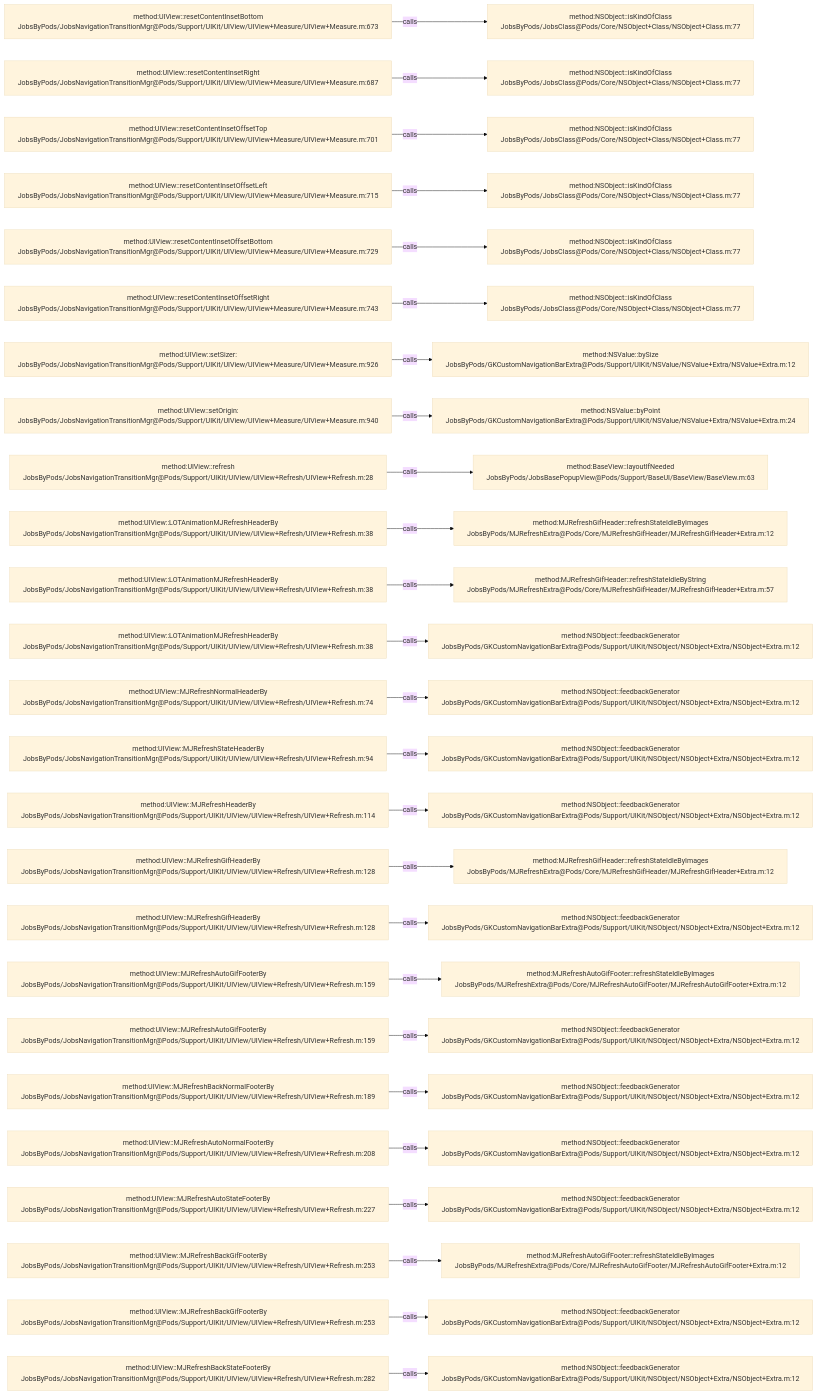
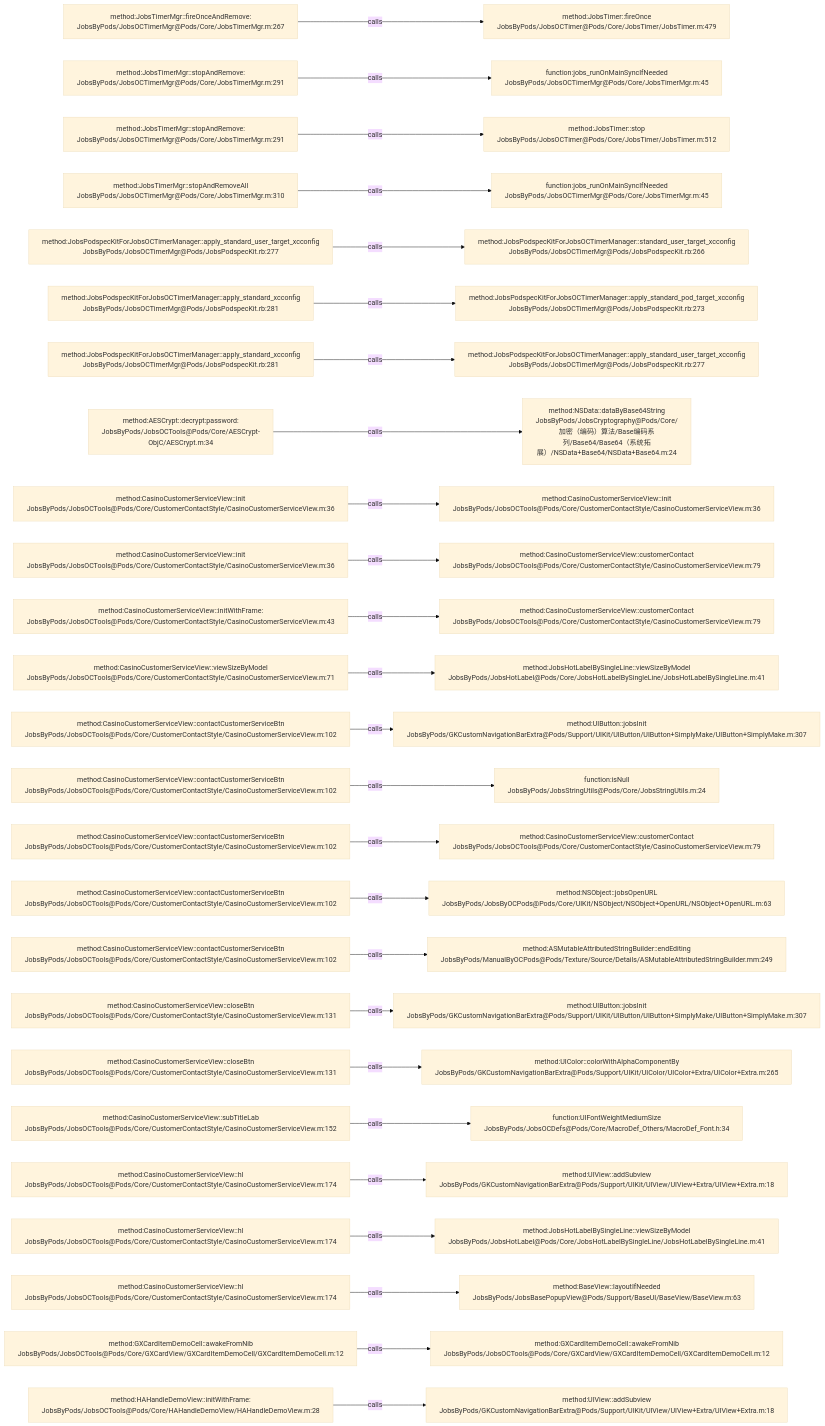
Before and after one commit to JobsKits/JobsOCBaseConfigDemo: the diagram in .codegraph/codegraph.md/graphs/calls-141.md, drawn with Mermaid (base theme). The commit also changed 639 other files, not shown here.

````diff
--- a/.codegraph/codegraph.md/graphs/calls-141.md
+++ b/.codegraph/codegraph.md/graphs/calls-141.md
@@ -13,78 +13,78 @@
 ```mermaid
 flowchart LR
-  S1["method:UIView::resetContentInsetBottom<br/>JobsByPods/JobsNavigationTransitionMgr@Pods/Support/UIKit/UIView/UIView+Measure/UIView+Measure.m:673"]
-  T1["method:NSObject::isKindOfClass<br/>JobsByPods/JobsClass@Pods/Core/NSObject+Class/NSObject+Class.m:77"]
+  S1["method:JobsTimerMgr::fireOnceAndRemove:<br/>JobsByPods/JobsOCTimerMgr@Pods/Core/JobsTimerMgr.m:267"]
+  T1["method:JobsTimer::fireOnce<br/>JobsByPods/JobsOCTimer@Pods/Core/JobsTimer/JobsTimer.m:479"]
   S1 -->|calls| T1
-  S2["method:UIView::resetContentInsetRight<br/>JobsByPods/JobsNavigationTransitionMgr@Pods/Support/UIKit/UIView/UIView+Measure/UIView+Measure.m:687"]
-  T2["method:NSObject::isKindOfClass<br/>JobsByPods/JobsClass@Pods/Core/NSObject+Class/NSObject+Class.m:77"]
+  S2["method:JobsTimerMgr::stopAndRemove:<br/>JobsByPods/JobsOCTimerMgr@Pods/Core/JobsTimerMgr.m:291"]
+  T2["function:jobs_runOnMainSyncIfNeeded<br/>JobsByPods/JobsOCTimerMgr@Pods/Core/JobsTimerMgr.m:45"]
   S2 -->|calls| T2
-  S3["method:UIView::resetContentInsetOffsetTop<br/>JobsByPods/JobsNavigationTransitionMgr@Pods/Support/UIKit/UIView/UIView+Measure/UIView+Measure.m:701"]
-  T3["method:NSObject::isKindOfClass<br/>JobsByPods/JobsClass@Pods/Core/NSObject+Class/NSObject+Class.m:77"]
+  S3["method:JobsTimerMgr::stopAndRemove:<br/>JobsByPods/JobsOCTimerMgr@Pods/Core/JobsTimerMgr.m:291"]
+  T3["method:JobsTimer::stop<br/>JobsByPods/JobsOCTimer@Pods/Core/JobsTimer/JobsTimer.m:512"]
   S3 -->|calls| T3
-  S4["method:UIView::resetContentInsetOffsetLeft<br/>JobsByPods/JobsNavigationTransitionMgr@Pods/Support/UIKit/UIView/UIView+Measure/UIView+Measure.m:715"]
-  T4["method:NSObject::isKindOfClass<br/>JobsByPods/JobsClass@Pods/Core/NSObject+Class/NSObject+Class.m:77"]
+  S4["method:JobsTimerMgr::stopAndRemoveAll<br/>JobsByPods/JobsOCTimerMgr@Pods/Core/JobsTimerMgr.m:310"]
+  T4["function:jobs_runOnMainSyncIfNeeded<br/>JobsByPods/JobsOCTimerMgr@Pods/Core/JobsTimerMgr.m:45"]
   S4 -->|calls| T4
-  S5["method:UIView::resetContentInsetOffsetBottom<br/>JobsByPods/JobsNavigationTransitionMgr@Pods/Support/UIKit/UIView/UIView+Measure/UIView+Measure.m:729"]
-  T5["method:NSObject::isKindOfClass<br/>JobsByPods/JobsClass@Pods/Core/NSObject+Class/NSObject+Class.m:77"]
+  S5["method:JobsPodspecKitForJobsOCTimerManager::apply_standard_user_target_xcconfig<br/>JobsByPods/JobsOCTimerMgr@Pods/JobsPodspecKit.rb:277"]
+  T5["method:JobsPodspecKitForJobsOCTimerManager::standard_user_target_xcconfig<br/>JobsByPods/JobsOCTimerMgr@Pods/JobsPodspecKit.rb:266"]
   S5 -->|calls| T5
-  S6["method:UIView::resetContentInsetOffsetRight<br/>JobsByPods/JobsNavigationTransitionMgr@Pods/Support/UIKit/UIView/UIView+Measure/UIView+Measure.m:743"]
-  T6["method:NSObject::isKindOfClass<br/>JobsByPods/JobsClass@Pods/Core/NSObject+Class/NSObject+Class.m:77"]
+  S6["method:JobsPodspecKitForJobsOCTimerManager::apply_standard_xcconfig<br/>JobsByPods/JobsOCTimerMgr@Pods/JobsPodspecKit.rb:281"]
+  T6["method:JobsPodspecKitForJobsOCTimerManager::apply_standard_pod_target_xcconfig<br/>JobsByPods/JobsOCTimerMgr@Pods/JobsPodspecKit.rb:273"]
   S6 -->|calls| T6
-  S7["method:UIView::setSizer:<br/>JobsByPods/JobsNavigationTransitionMgr@Pods/Support/UIKit/UIView/UIView+Measure/UIView+Measure.m:926"]
-  T7["method:NSValue::bySize<br/>JobsByPods/GKCustomNavigationBarExtra@Pods/Support/UIKit/NSValue/NSValue+Extra/NSValue+Extra.m:12"]
+  S7["method:JobsPodspecKitForJobsOCTimerManager::apply_standard_xcconfig<br/>JobsByPods/JobsOCTimerMgr@Pods/JobsPodspecKit.rb:281"]
+  T7["method:JobsPodspecKitForJobsOCTimerManager::apply_standard_user_target_xcconfig<br/>JobsByPods/JobsOCTimerMgr@Pods/JobsPodspecKit.rb:277"]
   S7 -->|calls| T7
-  S8["method:UIView::setOrigin:<br/>JobsByPods/JobsNavigationTransitionMgr@Pods/Support/UIKit/UIView/UIView+Measure/UIView+Measure.m:940"]
-  T8["method:NSValue::byPoint<br/>JobsByPods/GKCustomNavigationBarExtra@Pods/Support/UIKit/NSValue/NSValue+Extra/NSValue+Extra.m:24"]
+  S8["method:AESCrypt::decrypt:password:<br/>JobsByPods/JobsOCTools@Pods/Core/AESCrypt-ObjC/AESCrypt.m:34"]
+  T8["method:NSData::dataByBase64String<br/>JobsByPods/JobsCryptography@Pods/Core/加密（编码）算法/Base编码系列/Base64/Base64（系统拓展）/NSData+Base64/NSData+Base64.m:24"]
   S8 -->|calls| T8
-  S9["method:UIView::refresh<br/>JobsByPods/JobsNavigationTransitionMgr@Pods/Support/UIKit/UIView/UIView+Refresh/UIView+Refresh.m:28"]
-  T9["method:BaseView::layoutIfNeeded<br/>JobsByPods/JobsBasePopupView@Pods/Support/BaseUI/BaseView/BaseView.m:63"]
+  S9["method:CasinoCustomerServiceView::init<br/>JobsByPods/JobsOCTools@Pods/Core/CustomerContactStyle/CasinoCustomerServiceView.m:36"]
+  T9["method:CasinoCustomerServiceView::init<br/>JobsByPods/JobsOCTools@Pods/Core/CustomerContactStyle/CasinoCustomerServiceView.m:36"]
   S9 -->|calls| T9
-  S10["method:UIView::LOTAnimationMJRefreshHeaderBy<br/>JobsByPods/JobsNavigationTransitionMgr@Pods/Support/UIKit/UIView/UIView+Refresh/UIView+Refresh.m:38"]
-  T10["method:MJRefreshGifHeader::refreshStateIdleByImages<br/>JobsByPods/MJRefreshExtra@Pods/Core/MJRefreshGifHeader/MJRefreshGifHeader+Extra.m:12"]
+  S10["method:CasinoCustomerServiceView::init<br/>JobsByPods/JobsOCTools@Pods/Core/CustomerContactStyle/CasinoCustomerServiceView.m:36"]
+  T10["method:CasinoCustomerServiceView::customerContact<br/>JobsByPods/JobsOCTools@Pods/Core/CustomerContactStyle/CasinoCustomerServiceView.m:79"]
   S10 -->|calls| T10
-  S11["method:UIView::LOTAnimationMJRefreshHeaderBy<br/>JobsByPods/JobsNavigationTransitionMgr@Pods/Support/UIKit/UIView/UIView+Refresh/UIView+Refresh.m:38"]
-  T11["method:MJRefreshGifHeader::refreshStateIdleByString<br/>JobsByPods/MJRefreshExtra@Pods/Core/MJRefreshGifHeader/MJRefreshGifHeader+Extra.m:57"]
+  S11["method:CasinoCustomerServiceView::initWithFrame:<br/>JobsByPods/JobsOCTools@Pods/Core/CustomerContactStyle/CasinoCustomerServiceView.m:43"]
+  T11["method:CasinoCustomerServiceView::customerContact<br/>JobsByPods/JobsOCTools@Pods/Core/CustomerContactStyle/CasinoCustomerServiceView.m:79"]
   S11 -->|calls| T11
-  S12["method:UIView::LOTAnimationMJRefreshHeaderBy<br/>JobsByPods/JobsNavigationTransitionMgr@Pods/Support/UIKit/UIView/UIView+Refresh/UIView+Refresh.m:38"]
-  T12["method:NSObject::feedbackGenerator<br/>JobsByPods/GKCustomNavigationBarExtra@Pods/Support/UIKit/NSObject/NSObject+Extra/NSObject+Extra.m:12"]
+  S12["method:CasinoCustomerServiceView::viewSizeByModel<br/>JobsByPods/JobsOCTools@Pods/Core/CustomerContactStyle/CasinoCustomerServiceView.m:71"]
+  T12["method:JobsHotLabelBySingleLine::viewSizeByModel<br/>JobsByPods/JobsHotLabel@Pods/Core/JobsHotLabelBySingleLine/JobsHotLabelBySingleLine.m:41"]
   S12 -->|calls| T12
-  S13["method:UIView::MJRefreshNormalHeaderBy<br/>JobsByPods/JobsNavigationTransitionMgr@Pods/Support/UIKit/UIView/UIView+Refresh/UIView+Refresh.m:74"]
-  T13["method:NSObject::feedbackGenerator<br/>JobsByPods/GKCustomNavigationBarExtra@Pods/Support/UIKit/NSObject/NSObject+Extra/NSObject+Extra.m:12"]
+  S13["method:CasinoCustomerServiceView::contactCustomerServiceBtn<br/>JobsByPods/JobsOCTools@Pods/Core/CustomerContactStyle/CasinoCustomerServiceView.m:102"]
+  T13["method:UIButton::jobsInit<br/>JobsByPods/GKCustomNavigationBarExtra@Pods/Support/UIKit/UIButton/UIButton+SimplyMake/UIButton+SimplyMake.m:307"]
   S13 -->|calls| T13
-  S14["method:UIView::MJRefreshStateHeaderBy<br/>JobsByPods/JobsNavigationTransitionMgr@Pods/Support/UIKit/UIView/UIView+Refresh/UIView+Refresh.m:94"]
-  T14["method:NSObject::feedbackGenerator<br/>JobsByPods/GKCustomNavigationBarExtra@Pods/Support/UIKit/NSObject/NSObject+Extra/NSObject+Extra.m:12"]
+  S14["method:CasinoCustomerServiceView::contactCustomerServiceBtn<br/>JobsByPods/JobsOCTools@Pods/Core/CustomerContactStyle/CasinoCustomerServiceView.m:102"]
+  T14["function:isNull<br/>JobsByPods/JobsStringUtils@Pods/Core/JobsStringUtils.m:24"]
   S14 -->|calls| T14
-  S15["method:UIView::MJRefreshHeaderBy<br/>JobsByPods/JobsNavigationTransitionMgr@Pods/Support/UIKit/UIView/UIView+Refresh/UIView+Refresh.m:114"]
-  T15["method:NSObject::feedbackGenerator<br/>JobsByPods/GKCustomNavigationBarExtra@Pods/Support/UIKit/NSObject/NSObject+Extra/NSObject+Extra.m:12"]
+  S15["method:CasinoCustomerServiceView::contactCustomerServiceBtn<br/>JobsByPods/JobsOCTools@Pods/Core/CustomerContactStyle/CasinoCustomerServiceView.m:102"]
+  T15["method:CasinoCustomerServiceView::customerContact<br/>JobsByPods/JobsOCTools@Pods/Core/CustomerContactStyle/CasinoCustomerServiceView.m:79"]
   S15 -->|calls| T15
-  S16["method:UIView::MJRefreshGifHeaderBy<br/>JobsByPods/JobsNavigationTransitionMgr@Pods/Support/UIKit/UIView/UIView+Refresh/UIView+Refresh.m:128"]
-  T16["method:MJRefreshGifHeader::refreshStateIdleByImages<br/>JobsByPods/MJRefreshExtra@Pods/Core/MJRefreshGifHeader/MJRefreshGifHeader+Extra.m:12"]
+  S16["method:CasinoCustomerServiceView::contactCustomerServiceBtn<br/>JobsByPods/JobsOCTools@Pods/Core/CustomerContactStyle/CasinoCustomerServiceView.m:102"]
+  T16["method:NSObject::jobsOpenURL<br/>JobsByPods/JobsByOCPods@Pods/Core/UIKit/NSObject/NSObject+OpenURL/NSObject+OpenURL.m:63"]
   S16 -->|calls| T16
-  S17["method:UIView::MJRefreshGifHeaderBy<br/>JobsByPods/JobsNavigationTransitionMgr@Pods/Support/UIKit/UIView/UIView+Refresh/UIView+Refresh.m:128"]
-  T17["method:NSObject::feedbackGenerator<br/>JobsByPods/GKCustomNavigationBarExtra@Pods/Support/UIKit/NSObject/NSObject+Extra/NSObject+Extra.m:12"]
+  S17["method:CasinoCustomerServiceView::contactCustomerServiceBtn<br/>JobsByPods/JobsOCTools@Pods/Core/CustomerContactStyle/CasinoCustomerServiceView.m:102"]
+  T17["method:ASMutableAttributedStringBuilder::endEditing<br/>JobsByPods/ManualByOCPods@Pods/Texture/Source/Details/ASMutableAttributedStringBuilder.mm:249"]
   S17 -->|calls| T17
-  S18["method:UIView::MJRefreshAutoGifFooterBy<br/>JobsByPods/JobsNavigationTransitionMgr@Pods/Support/UIKit/UIView/UIView+Refresh/UIView+Refresh.m:159"]
-  T18["method:MJRefreshAutoGifFooter::refreshStateIdleByImages<br/>JobsByPods/MJRefreshExtra@Pods/Core/MJRefreshAutoGifFooter/MJRefreshAutoGifFooter+Extra.m:12"]
+  S18["method:CasinoCustomerServiceView::closeBtn<br/>JobsByPods/JobsOCTools@Pods/Core/CustomerContactStyle/CasinoCustomerServiceView.m:131"]
+  T18["method:UIButton::jobsInit<br/>JobsByPods/GKCustomNavigationBarExtra@Pods/Support/UIKit/UIButton/UIButton+SimplyMake/UIButton+SimplyMake.m:307"]
   S18 -->|calls| T18
-  S19["method:UIView::MJRefreshAutoGifFooterBy<br/>JobsByPods/JobsNavigationTransitionMgr@Pods/Support/UIKit/UIView/UIView+Refresh/UIView+Refresh.m:159"]
-  T19["method:NSObject::feedbackGenerator<br/>JobsByPods/GKCustomNavigationBarExtra@Pods/Support/UIKit/NSObject/NSObject+Extra/NSObject+Extra.m:12"]
+  S19["method:CasinoCustomerServiceView::closeBtn<br/>JobsByPods/JobsOCTools@Pods/Core/CustomerContactStyle/CasinoCustomerServiceView.m:131"]
+  T19["method:UIColor::colorWithAlphaComponentBy<br/>JobsByPods/GKCustomNavigationBarExtra@Pods/Support/UIKit/UIColor/UIColor+Extra/UIColor+Extra.m:265"]
   S19 -->|calls| T19
-  S20["method:UIView::MJRefreshBackNormalFooterBy<br/>JobsByPods/JobsNavigationTransitionMgr@Pods/Support/UIKit/UIView/UIView+Refresh/UIView+Refresh.m:189"]
-  T20["method:NSObject::feedbackGenerator<br/>JobsByPods/GKCustomNavigationBarExtra@Pods/Support/UIKit/NSObject/NSObject+Extra/NSObject+Extra.m:12"]
+  S20["method:CasinoCustomerServiceView::subTitleLab<br/>JobsByPods/JobsOCTools@Pods/Core/CustomerContactStyle/CasinoCustomerServiceView.m:152"]
+  T20["function:UIFontWeightMediumSize<br/>JobsByPods/JobsOCDefs@Pods/Core/MacroDef_Others/MacroDef_Font.h:34"]
   S20 -->|calls| T20
-  S21["method:UIView::MJRefreshAutoNormalFooterBy<br/>JobsByPods/JobsNavigationTransitionMgr@Pods/Support/UIKit/UIView/UIView+Refresh/UIView+Refresh.m:208"]
-  T21["method:NSObject::feedbackGenerator<br/>JobsByPods/GKCustomNavigationBarExtra@Pods/Support/UIKit/NSObject/NSObject+Extra/NSObject+Extra.m:12"]
+  S21["method:CasinoCustomerServiceView::hl<br/>JobsByPods/JobsOCTools@Pods/Core/CustomerContactStyle/CasinoCustomerServiceView.m:174"]
+  T21["method:UIView::addSubview<br/>JobsByPods/GKCustomNavigationBarExtra@Pods/Support/UIKit/UIView/UIView+Extra/UIView+Extra.m:18"]
   S21 -->|calls| T21
-  S22["method:UIView::MJRefreshAutoStateFooterBy<br/>JobsByPods/JobsNavigationTransitionMgr@Pods/Support/UIKit/UIView/UIView+Refresh/UIView+Refresh.m:227"]
-  T22["method:NSObject::feedbackGenerator<br/>JobsByPods/GKCustomNavigationBarExtra@Pods/Support/UIKit/NSObject/NSObject+Extra/NSObject+Extra.m:12"]
+  S22["method:CasinoCustomerServiceView::hl<br/>JobsByPods/JobsOCTools@Pods/Core/CustomerContactStyle/CasinoCustomerServiceView.m:174"]
+  T22["method:JobsHotLabelBySingleLine::viewSizeByModel<br/>JobsByPods/JobsHotLabel@Pods/Core/JobsHotLabelBySingleLine/JobsHotLabelBySingleLine.m:41"]
   S22 -->|calls| T22
-  S23["method:UIView::MJRefreshBackGifFooterBy<br/>JobsByPods/JobsNavigationTransitionMgr@Pods/Support/UIKit/UIView/UIView+Refresh/UIView+Refresh.m:253"]
-  T23["method:MJRefreshAutoGifFooter::refreshStateIdleByImages<br/>JobsByPods/MJRefreshExtra@Pods/Core/MJRefreshAutoGifFooter/MJRefreshAutoGifFooter+Extra.m:12"]
+  S23["method:CasinoCustomerServiceView::hl<br/>JobsByPods/JobsOCTools@Pods/Core/CustomerContactStyle/CasinoCustomerServiceView.m:174"]
+  T23["method:BaseView::layoutIfNeeded<br/>JobsByPods/JobsBasePopupView@Pods/Support/BaseUI/BaseView/BaseView.m:63"]
   S23 -->|calls| T23
-  S24["method:UIView::MJRefreshBackGifFooterBy<br/>JobsByPods/JobsNavigationTransitionMgr@Pods/Support/UIKit/UIView/UIView+Refresh/UIView+Refresh.m:253"]
-  T24["method:NSObject::feedbackGenerator<br/>JobsByPods/GKCustomNavigationBarExtra@Pods/Support/UIKit/NSObject/NSObject+Extra/NSObject+Extra.m:12"]
+  S24["method:GXCardItemDemoCell::awakeFromNib<br/>JobsByPods/JobsOCTools@Pods/Core/GXCardView/GXCardItemDemoCell/GXCardItemDemoCell.m:12"]
+  T24["method:GXCardItemDemoCell::awakeFromNib<br/>JobsByPods/JobsOCTools@Pods/Core/GXCardView/GXCardItemDemoCell/GXCardItemDemoCell.m:12"]
   S24 -->|calls| T24
-  S25["method:UIView::MJRefreshBackStateFooterBy<br/>JobsByPods/JobsNavigationTransitionMgr@Pods/Support/UIKit/UIView/UIView+Refresh/UIView+Refresh.m:282"]
-  T25["method:NSObject::feedbackGenerator<br/>JobsByPods/GKCustomNavigationBarExtra@Pods/Support/UIKit/NSObject/NSObject+Extra/NSObject+Extra.m:12"]
+  S25["method:HAHandleDemoView::initWithFrame:<br/>JobsByPods/JobsOCTools@Pods/Core/HAHandleDemoView/HAHandleDemoView.m:28"]
+  T25["method:UIView::addSubview<br/>JobsByPods/GKCustomNavigationBarExtra@Pods/Support/UIKit/UIView/UIView+Extra/UIView+Extra.m:18"]
   S25 -->|calls| T25
 ```
````
